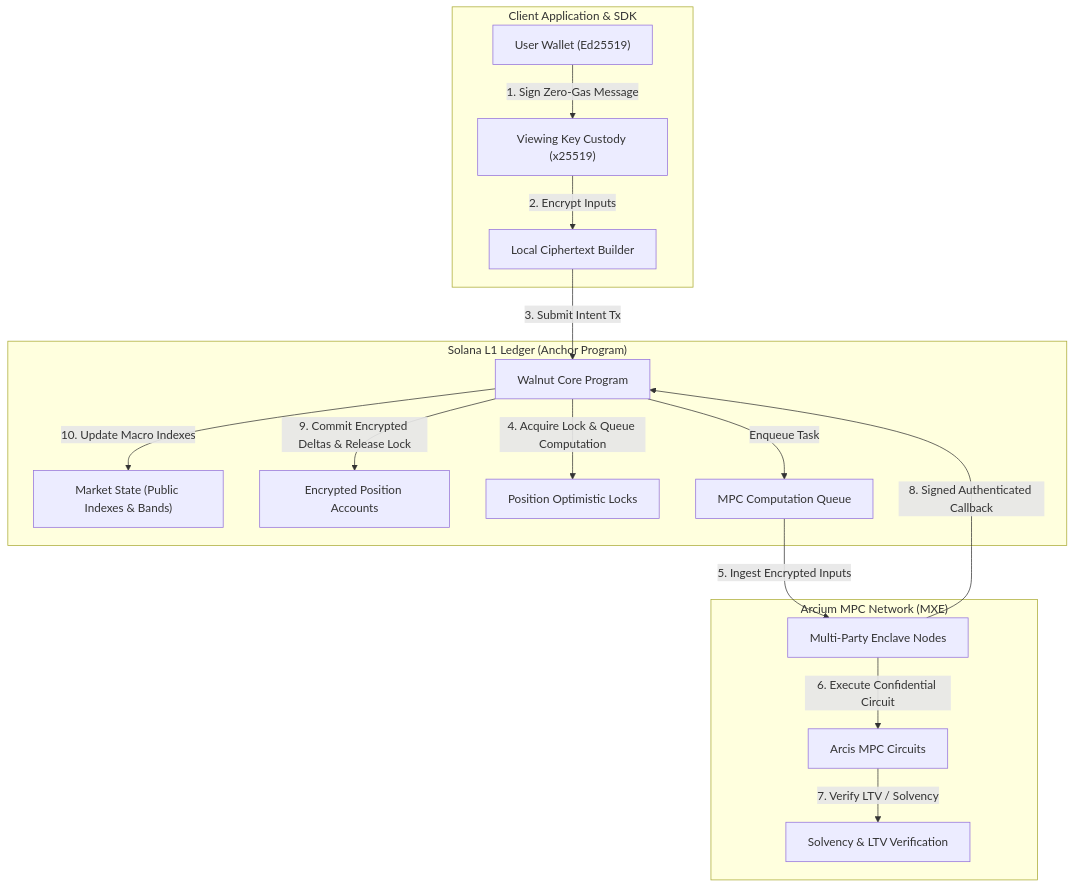
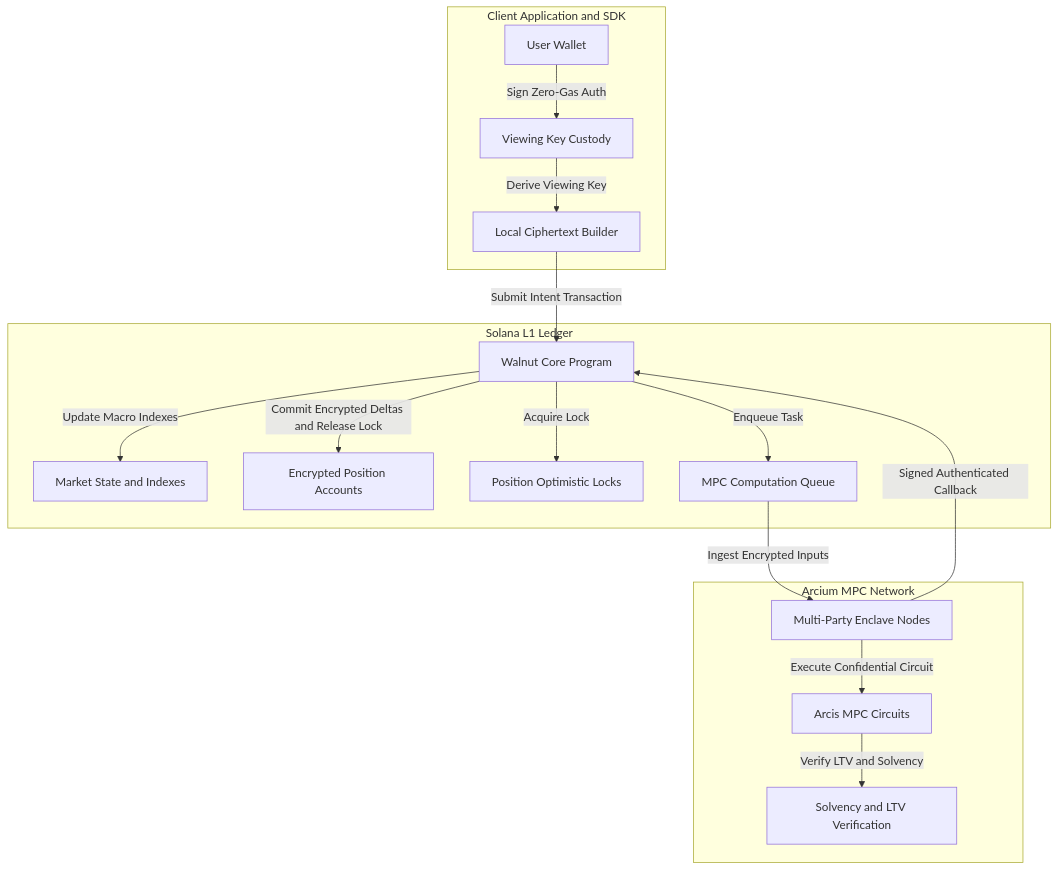
The first of 2 diagrams in README.md (Iam-jayant/walnut-solana), drawn with Mermaid before and after one commit. The commit also changed other lines of this file, not shown here.

Commit message:
docs: center ASCII logo and fix Mermaid diagram syntax for GitHub rendering

````diff
--- a/README.md
+++ b/README.md
@@ -42,34 +52,34 @@
 ```mermaid
-flowchart TD
-    subgraph Client["Client Application & SDK"]
-        U["User Wallet (Ed25519)"]
-        VK["Viewing Key Custody (x25519)"]
-        ENC["Local Ciphertext Builder"]
+graph TD
+    subgraph Client [Client Application and SDK]
+        U[User Wallet]
+        VK[Viewing Key Custody]
+        ENC[Local Ciphertext Builder]
     end
 
-    subgraph Solana["Solana L1 Ledger (Anchor Program)"]
-        PROG["Walnut Core Program"]
-        MARKET["Market State (Public Indexes & Bands)"]
-        POS["Encrypted Position Accounts"]
-        LOCK["Position Optimistic Locks"]
-        QUEUE["MPC Computation Queue"]
+    subgraph Solana [Solana L1 Ledger]
+        PROG[Walnut Core Program]
+        MARKET[Market State and Indexes]
+        POS[Encrypted Position Accounts]
+        LOCK[Position Optimistic Locks]
+        QUEUE[MPC Computation Queue]
     end
 
-    subgraph Arcium["Arcium MPC Network (MXE)"]
-        CIRCUIT["Arcis MPC Circuits"]
-        NODES["Multi-Party Enclave Nodes"]
-        ZKCHECK["Solvency & LTV Verification"]
+    subgraph Arcium [Arcium MPC Network]
+        CIRCUIT[Arcis MPC Circuits]
+        NODES[Multi-Party Enclave Nodes]
+        ZKCHECK[Solvency and LTV Verification]
     end
 
-    U -->|1. Sign Zero-Gas Message| VK
-    VK -->|2. Encrypt Inputs| ENC
-    ENC -->|3. Submit Intent Tx| PROG
-    PROG -->|4. Acquire Lock & Queue Computation| LOCK
+    U -->|Sign Zero-Gas Auth| VK
+    VK -->|Derive Viewing Key| ENC
+    ENC -->|Submit Intent Transaction| PROG
+    PROG -->|Acquire Lock| LOCK
     PROG -->|Enqueue Task| QUEUE
-    QUEUE -->|5. Ingest Encrypted Inputs| NODES
-    NODES -->|6. Execute Confidential Circuit| CIRCUIT
-    CIRCUIT -->|7. Verify LTV / Solvency| ZKCHECK
-    NODES -->|8. Signed Authenticated Callback| PROG
-    PROG -->|9. Commit Encrypted Deltas & Release Lock| POS
-    PROG -->|10. Update Macro Indexes| MARKET
+    QUEUE -->|Ingest Encrypted Inputs| NODES
+    NODES -->|Execute Confidential Circuit| CIRCUIT
+    CIRCUIT -->|Verify LTV and Solvency| ZKCHECK
+    NODES -->|Signed Authenticated Callback| PROG
+    PROG -->|Commit Encrypted Deltas and Release Lock| POS
+    PROG -->|Update Macro Indexes| MARKET
 ```
````
